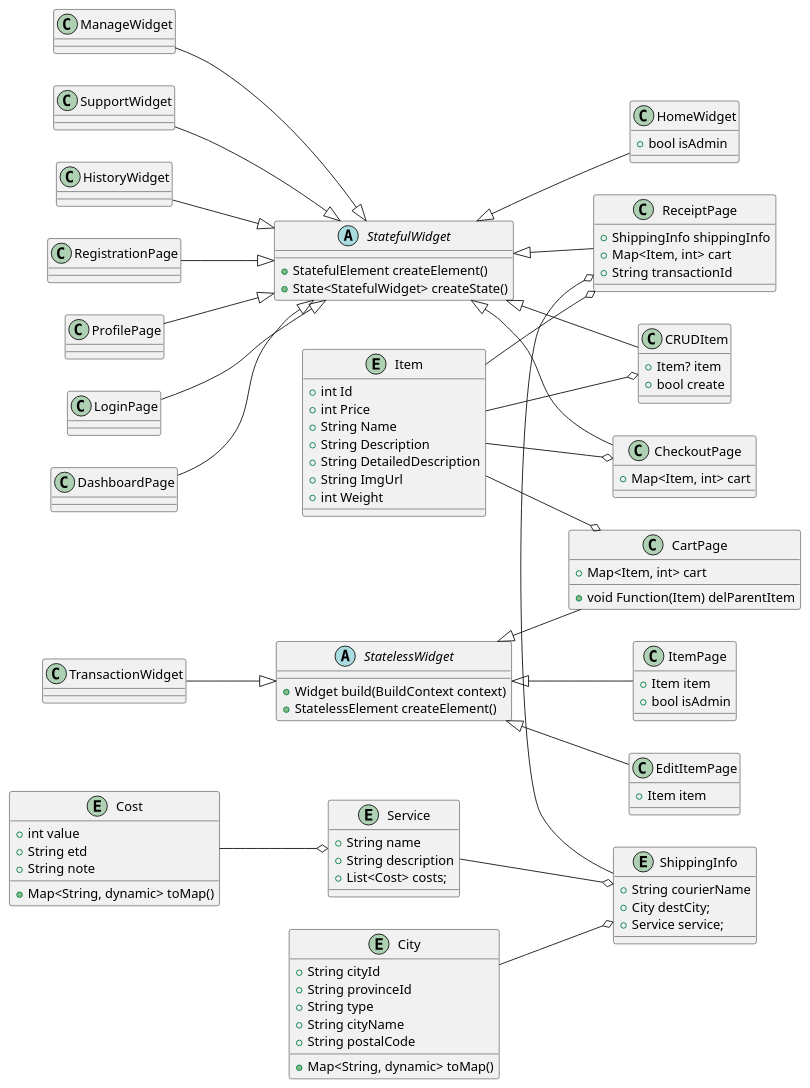
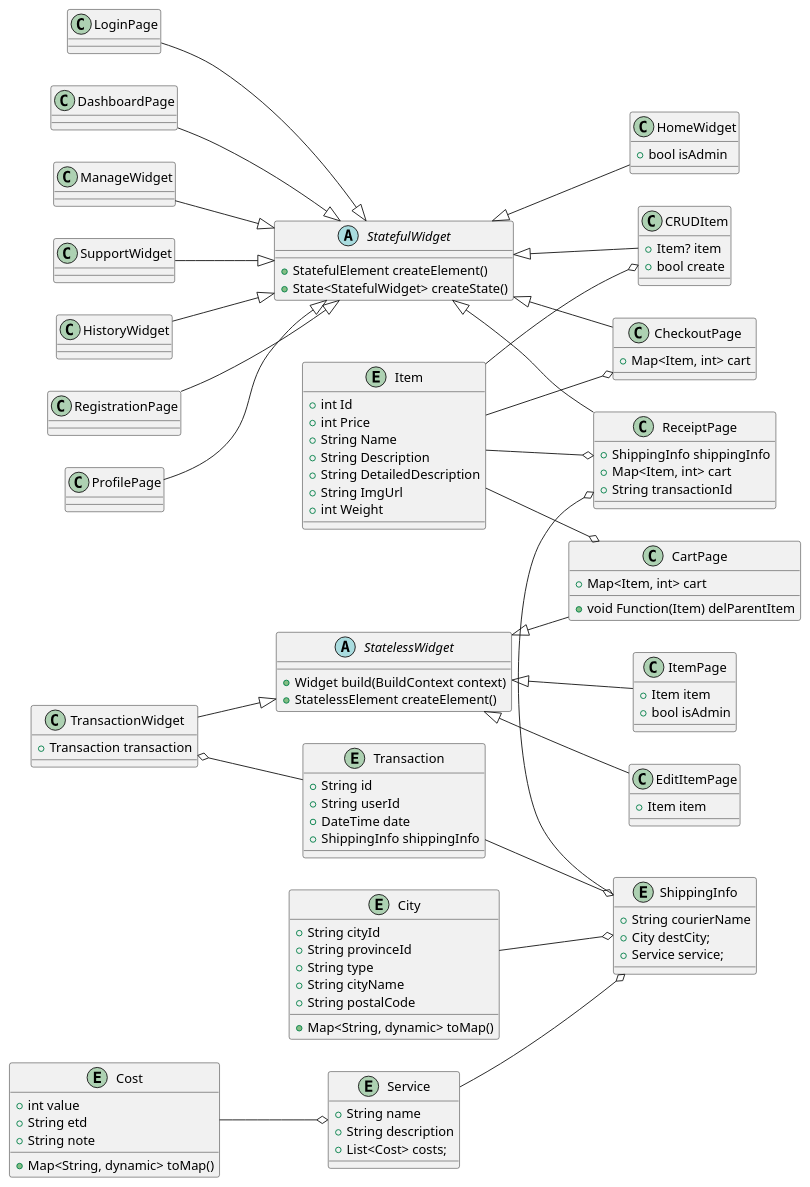
The diagram in class_diagram.puml (stnDinus/skpl_apbo_diagrams), drawn with PlantUML before and after one commit. The commit also changed 1 other file, not shown here.

Commit message:
feat: Transaction entity

```diff
--- a/class_diagram.puml
+++ b/class_diagram.puml
@@ -1,117 +1,129 @@
 @startuml
 left to right direction
 
 ' Entities start {
 
 entity Item {
   + int Id
   + int Price
   + String Name
   + String Description
   + String DetailedDescription
   + String ImgUrl
   + int Weight
 }
 
 entity City {
   + String cityId
   + String provinceId
   + String type
   + String cityName
   + String postalCode
 
   + Map<String, dynamic> toMap()
 }
 
 entity Cost {
   + int value
   + String etd
   + String note
 
   + Map<String, dynamic> toMap()
 }
 
 entity Service {
   + String name
   + String description
   + List<Cost> costs;
 }
 
 entity ShippingInfo {
   + String courierName
   + City destCity;
   + Service service;
 }
 
+entity Transaction {
+  + String id
+  + String userId
+  + DateTime date
+  + ShippingInfo shippingInfo
+}
+
 City --o ShippingInfo
 Service --o ShippingInfo
+Transaction --o ShippingInfo
 Cost --o Service
 
 ' Entities end }
 
 abstract StatefulWidget {
   + StatefulElement createElement()
   + State<StatefulWidget> createState()
 }
 
 class CRUDItem {
   + Item? item
   + bool create
 }
 StatefulWidget <|-- CRUDItem
 
 class HomeWidget {
   + bool isAdmin
 }
 StatefulWidget <|-- HomeWidget
 
 class CheckoutPage {
   + Map<Item, int> cart
 }
 StatefulWidget <|-- CheckoutPage
 
 class ReceiptPage {
   + ShippingInfo shippingInfo
   + Map<Item, int> cart
   + String transactionId
 }
 StatefulWidget <|-- ReceiptPage
 
 StatefulWidget <|-up- LoginPage
 StatefulWidget <|-up- ProfilePage
 StatefulWidget <|-up- RegistrationPage
 StatefulWidget <|-up- HistoryWidget
 StatefulWidget <|-up- SupportWidget
 StatefulWidget <|-up- ManageWidget
 StatefulWidget <|-up- DashboardPage
 
 abstract StatelessWidget {
   + Widget build(BuildContext context)
   + StatelessElement createElement()
 }
 
 class CartPage {
   + Map<Item, int> cart
   + void Function(Item) delParentItem
 }
 StatelessWidget <|-- CartPage
 
 class ItemPage {
   + Item item
   + bool isAdmin
 }
 StatelessWidget <|-- ItemPage
 
 class EditItemPage {
   + Item item
 }
 StatelessWidget <|-- EditItemPage
 
+class TransactionWidget {
+  + Transaction transaction
+}
 StatelessWidget <|-up- TransactionWidget
 
 Item --o CRUDItem
 Item --o CartPage
 Item --o CheckoutPage
 Item --o ReceiptPage
 ShippingInfo -upo ReceiptPage
+Transaction -upo TransactionWidget
 @enduml
```
